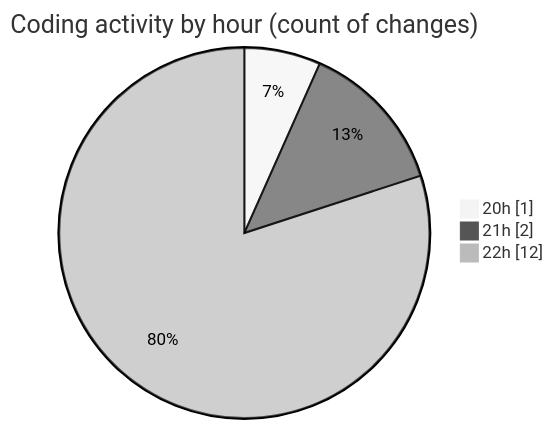
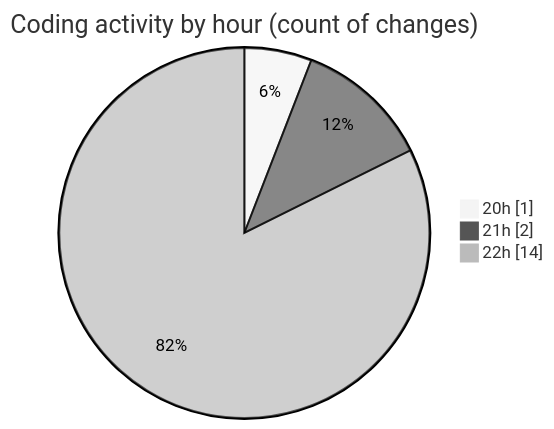
Before and after one commit to MatusMokan/code-tracking: the second of 2 diagrams in 2025-02-18/myws__workspace_/README.md, drawn with Mermaid (neutral theme). The commit also changed other lines of this file and 1 other file, not shown here.

````diff
--- a/2025-02-18/myws__workspace_/README.md
+++ b/2025-02-18/myws__workspace_/README.md
@@ -36,7 +36,7 @@
 ```mermaid
 pie showData
 title Coding activity by hour (count of changes)
 "20h" : 1
 "21h" : 2
-"22h" : 12
+"22h" : 14
 ```
````
